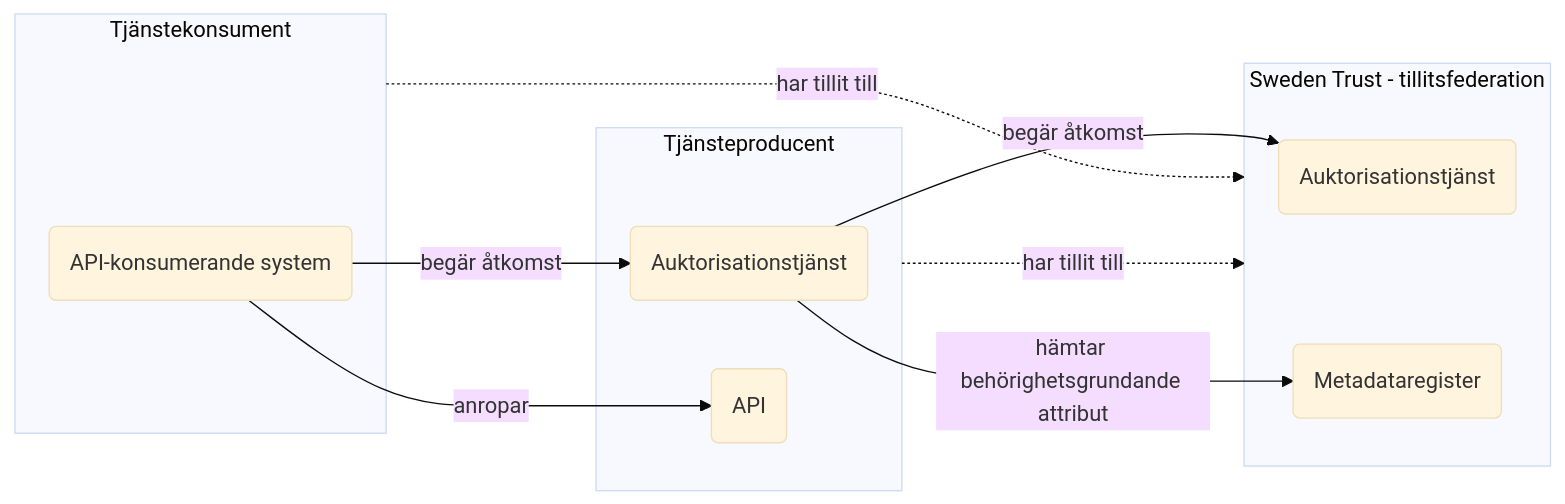
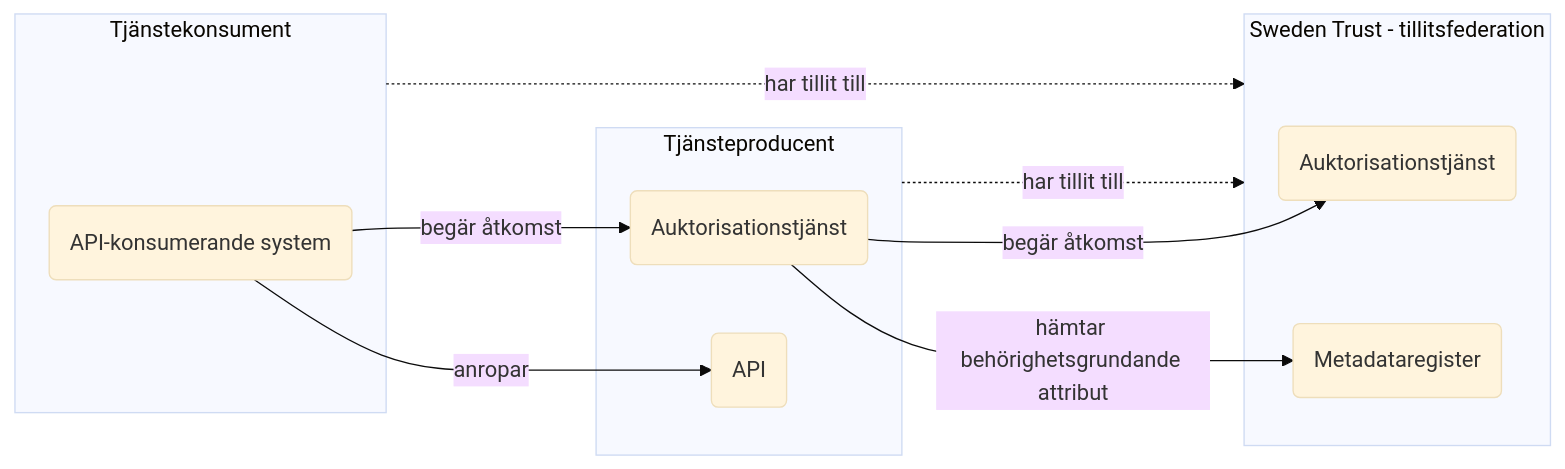
The third of 4 diagrams in IAM_TargetArchitecture_Sweden.md (diggsweden/ena-authorization), drawn with Mermaid (base theme) before and after one commit. The commit also changed other lines of this file, not shown here.

````diff
--- a/IAM_TargetArchitecture_Sweden.md
+++ b/IAM_TargetArchitecture_Sweden.md
@@ -99,24 +148,24 @@
 ```mermaid
 flowchart LR
 
 subgraph AO[Tjänstekonsument]
     A(API-konsumerande system)
 end
 
 subgraph BO[Tjänsteproducent]
     B-AS(Auktorisationstjänst)
     B(API)
 end
 
 subgraph TO[Sweden Trust - tillitsfederation]
     T-AS(Auktorisationstjänst)
     T(Metadataregister)
 end
 
 
 A--begär åtkomst-->B-AS
 A--anropar-->B
-AO & BO-.har tillit till.->TO
 B-AS--begär åtkomst-->T-AS
+BO & AO -.har tillit till.->TO
 B-AS--hämtar behörighetsgrundande attribut-->T
 ```
````
